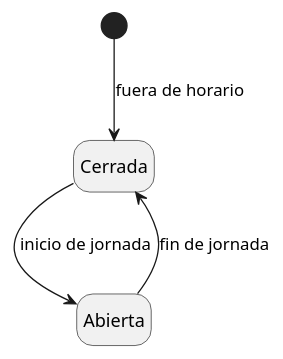
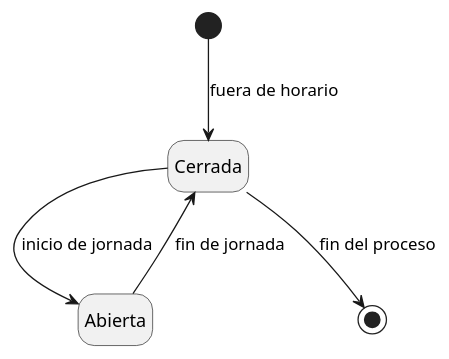
One commit to mmasias/24-25-IdSw2-SDD changed the diagram in modelosUML/MdD/DdE/DdE_Universidad.puml. Above: the diagram before and after it, drawn with PlantUML. The commit also changed 1 other file, not shown here.

```diff
--- a/modelosUML/MdD/DdE/DdE_Universidad.puml
+++ b/modelosUML/MdD/DdE/DdE_Universidad.puml
@@ -1,10 +1,11 @@
 @startuml DdE_Universidad
 hide empty description
 
 [*] --> Cerrada : fuera de horario
 
 Cerrada --> Abierta : inicio de jornada
 Abierta --> Cerrada : fin de jornada
 
+Cerrada --> [*] : fin del proceso
 
 @enduml
```
